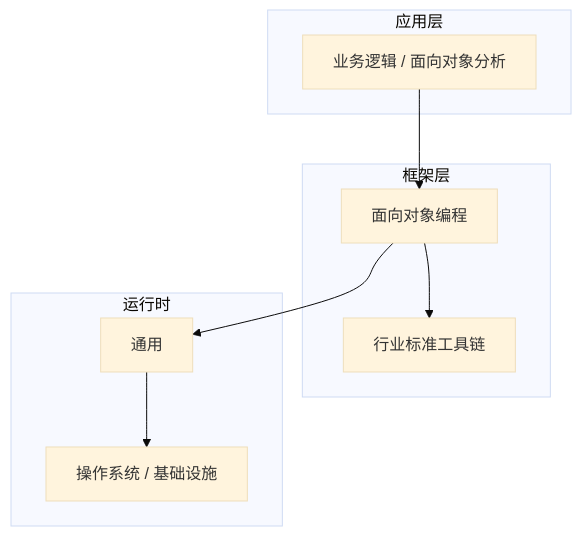
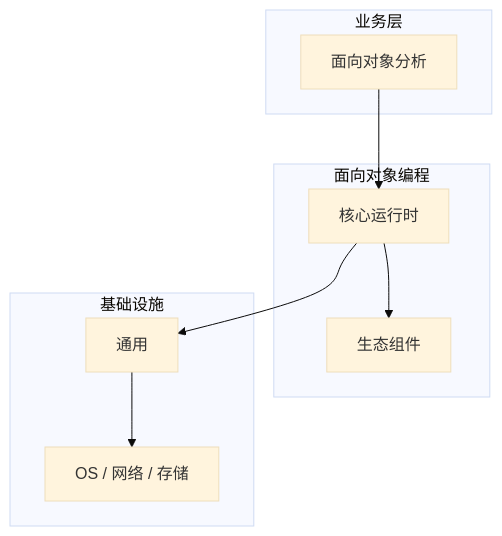
Before and after one commit to yanggan2015/knowledge-json-v2: the diagram in articles/面向对象编程/chapters/056-面向对象分析核心概念与原理.md, drawn with Mermaid (base theme). The commit also changed other lines of this file and 10127 other files, not shown here.

````diff
--- a/articles/面向对象编程/chapters/056-面向对象分析核心概念与原理.md
+++ b/articles/面向对象编程/chapters/056-面向对象分析核心概念与原理.md
@@ -45,18 +34,18 @@
 ```mermaid
 graph TB
-    subgraph 应用层
-        A[业务逻辑 / 面向对象分析]
+    subgraph 业务层
+        A[面向对象分析]
     end
-    subgraph 框架层
-        B[面向对象编程]
-        C[行业标准工具链]
+    subgraph 面向对象编程
+        B[核心运行时]
+        C[生态组件]
     end
-    subgraph 运行时
+    subgraph 基础设施
         D[通用]
-        E[操作系统 / 基础设施]
+        E[OS / 网络 / 存储]
     end
     A --> B
     B --> C
     B --> D
     D --> E
 ```
````
